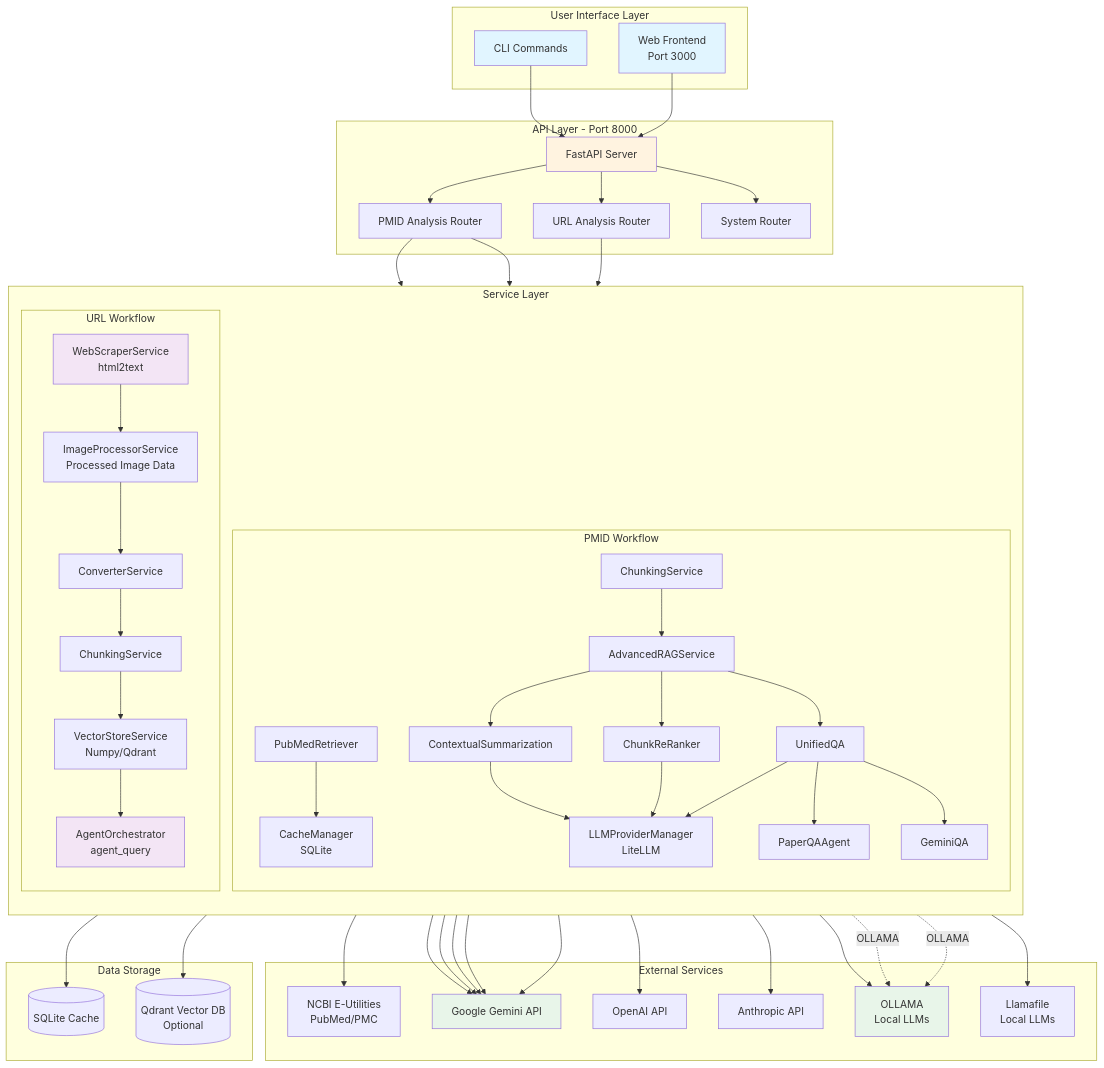
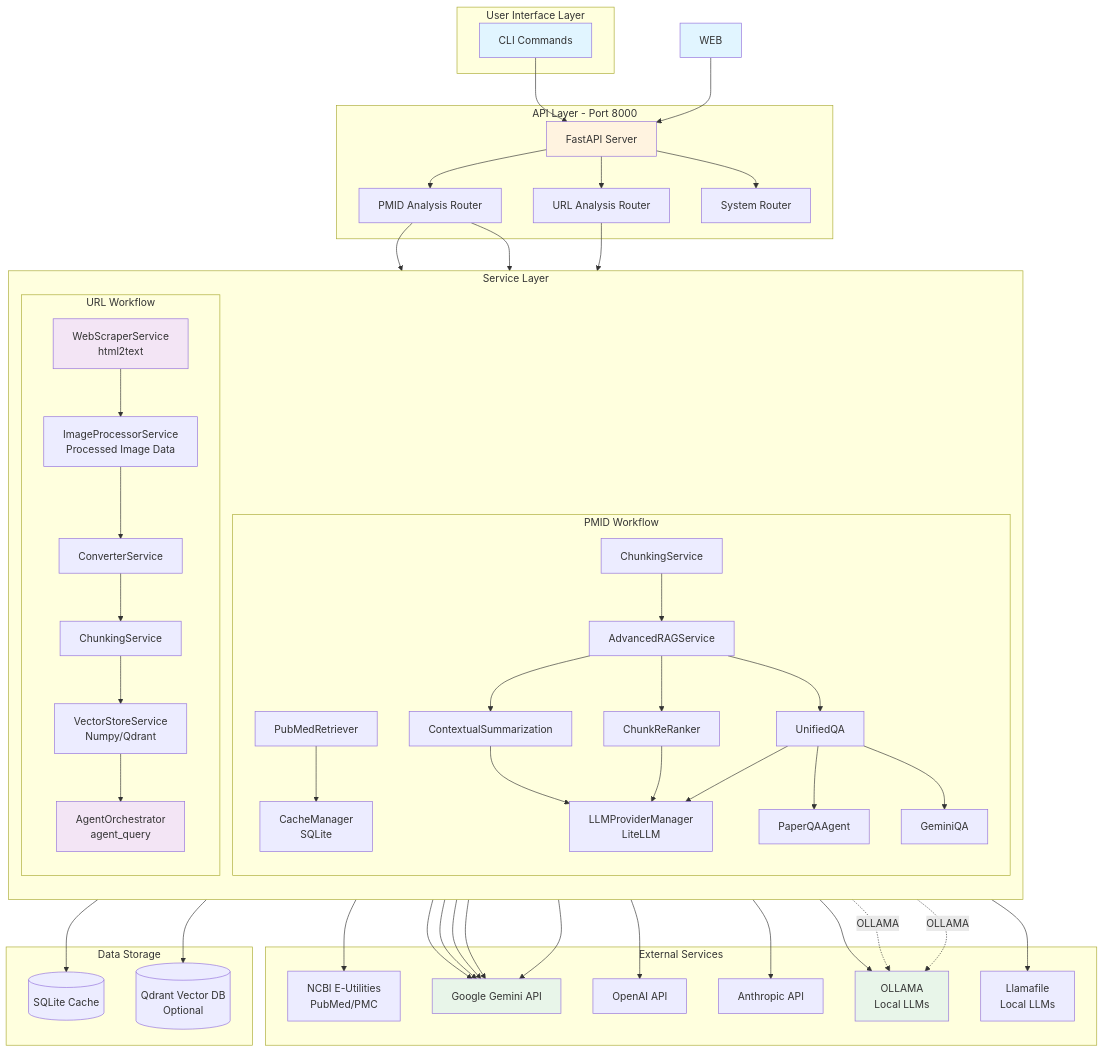
One commit to waldronlab/bioanalyzer-backend changed the first of 6 diagrams in ARCHITECTURE.md. Above: the diagram before and after it, drawn with Mermaid. The commit also changed other lines of this file and 10 other files, not shown here.

```diff
--- a/ARCHITECTURE.md
+++ b/ARCHITECTURE.md
@@ -37,7 +37,6 @@
 graph TB
     subgraph "User Interface Layer"
         CLI[CLI Commands]
-        WEB[Web Frontend<br/>Port 3000]
     end
     
     subgraph "API Layer - Port 8000"
```
